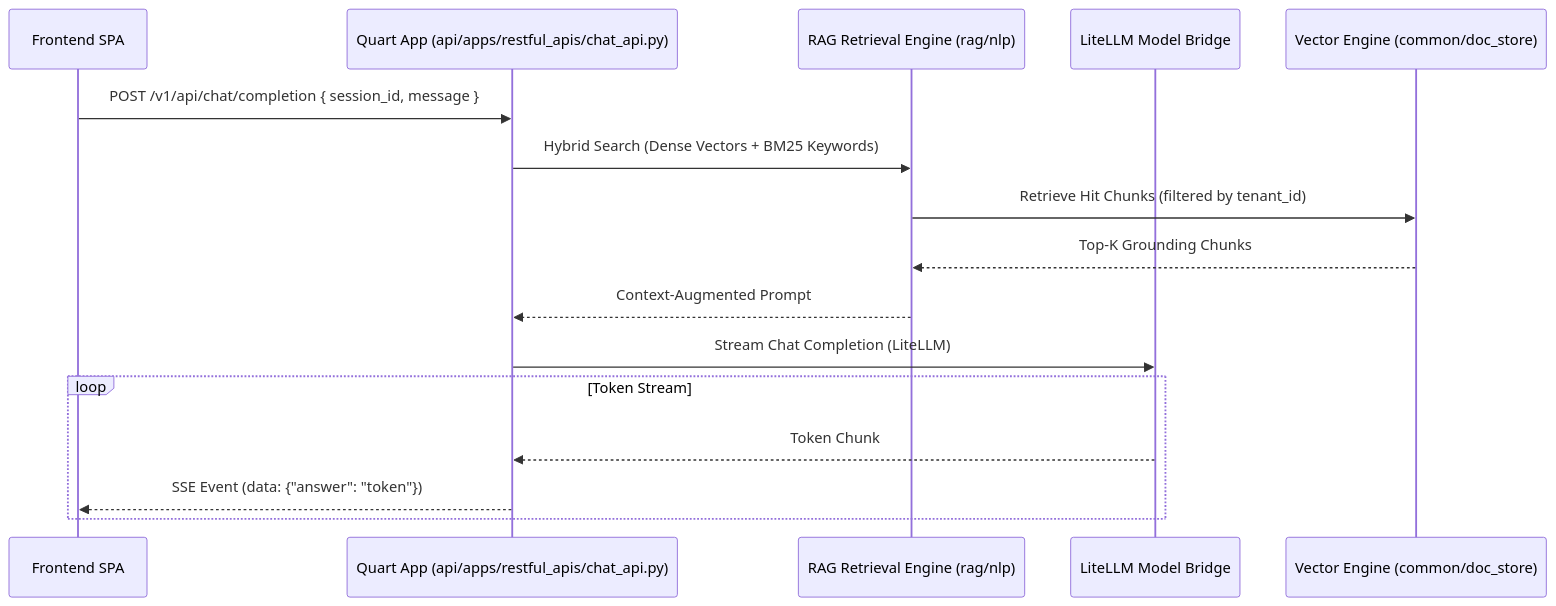
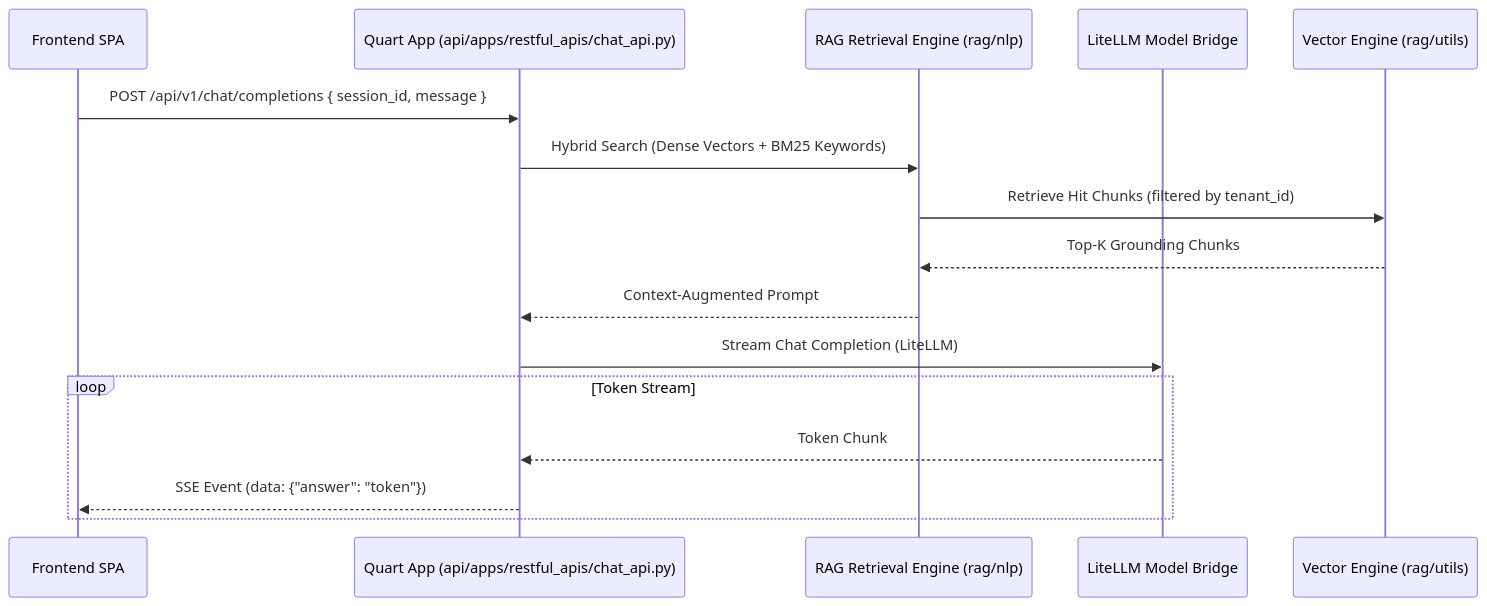
The second of 2 diagrams in ragflow-docs/03-backend/backend-data-flow.md (6sLOGAN78/devRAG), drawn with Mermaid before and after one commit. The commit also changed other lines of this file and 35 other files, not shown here.

````diff
--- a/ragflow-docs/03-backend/backend-data-flow.md
+++ b/ragflow-docs/03-backend/backend-data-flow.md
@@ -41,20 +41,20 @@
 ```mermaid
 sequenceDiagram
     participant Client as Frontend SPA
     participant PyApp as Quart App (api/apps/restful_apis/chat_api.py)
     participant RAG as RAG Retrieval Engine (rag/nlp)
     participant LLM as LiteLLM Model Bridge
-    participant DocStore as Vector Engine (common/doc_store)
+    participant DocStore as Vector Engine (rag/utils)
 
-    Client->>PyApp: POST /v1/api/chat/completion { session_id, message }
+    Client->>PyApp: POST /api/v1/chat/completions { session_id, message }
     PyApp->>RAG: Hybrid Search (Dense Vectors + BM25 Keywords)
     RAG->>DocStore: Retrieve Hit Chunks (filtered by tenant_id)
     DocStore-->>RAG: Top-K Grounding Chunks
     RAG-->>PyApp: Context-Augmented Prompt
     PyApp->>LLM: Stream Chat Completion (LiteLLM)
     
     loop Token Stream
         LLM-->>PyApp: Token Chunk
         PyApp-->>Client: SSE Event (data: {"answer": "token"})
     end
 ```
````
